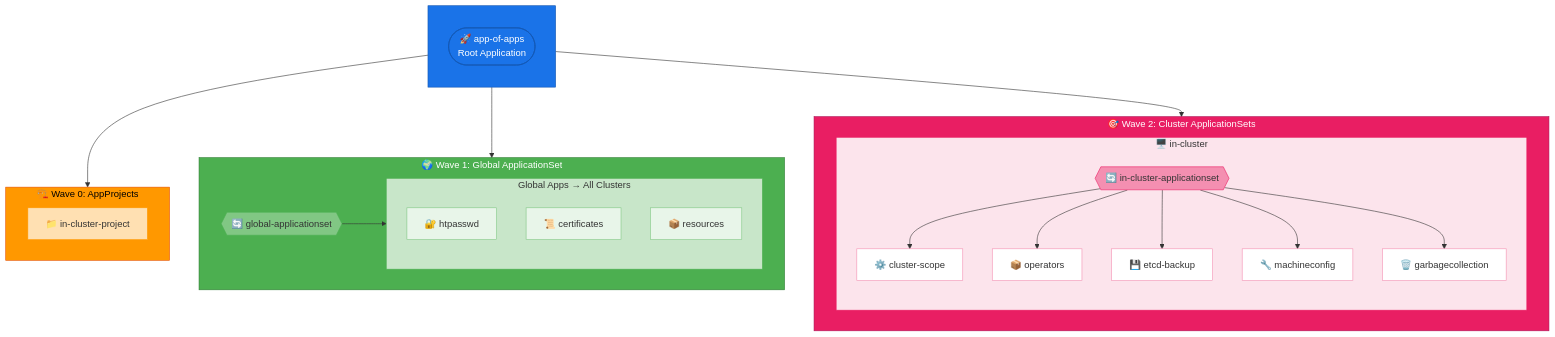
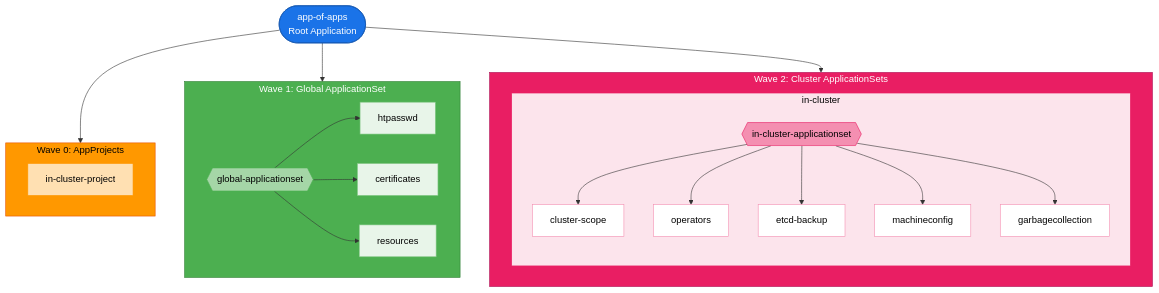
The first of 3 diagrams in argocd-diagram.md (yakovbeder/beder-gitops-aoa), drawn with Mermaid before and after one commit. The commit also changed other lines of this file, not shown here.

Commit message:
Fix diagram readability: remove overlapping text and improve flow diagram clarity

````diff
--- a/argocd-diagram.md
+++ b/argocd-diagram.md
@@ -5,66 +5,60 @@
 ```mermaid
 flowchart TB
-    subgraph root[" "]
-        direction TB
-        Root([🚀 app-of-apps<br/>Root Application])
+    Root([app-of-apps<br/>Root Application])
+
+    subgraph wave0["Wave 0: AppProjects"]
+        Proj1[in-cluster-project]
     end
 
-    subgraph wave0[" 🏗️ Wave 0: AppProjects "]
-        Proj1[📁 in-cluster-project]
+    subgraph wave1["Wave 1: Global ApplicationSet"]
+        GlobalAS{{global-applicationset}}
+        GlobalApp1[htpasswd]
+        GlobalApp2[certificates]
+        GlobalApp3[resources]
     end
 
-    subgraph wave1[" 🌍 Wave 1: Global ApplicationSet "]
-        GlobalAS{{🔄 global-applicationset}}
-        subgraph globalApps[" Global Apps → All Clusters "]
-            GlobalApp1[🔐 htpasswd]
-            GlobalApp2[📜 certificates]
-            GlobalApp3[📦 resources]
-        end
-    end
-
-    subgraph wave2[" 🎯 Wave 2: Cluster ApplicationSets "]
-        subgraph cluster1[" 🖥️ in-cluster "]
-            Cluster1AS{{🔄 in-cluster-applicationset}}
-            App1[⚙️ cluster-scope]
-            App2[📦 operators]
-            App3[💾 etcd-backup]
-            App4[🔧 machineconfig]
-            App5[🗑️ garbagecollection]
+    subgraph wave2["Wave 2: Cluster ApplicationSets"]
+        subgraph cluster1["in-cluster"]
+            Cluster1AS{{in-cluster-applicationset}}
+            App1[cluster-scope]
+            App2[operators]
+            App3[etcd-backup]
+            App4[machineconfig]
+            App5[garbagecollection]
         end
     end
 
     Root --> wave0
     Root --> wave1
     Root --> wave2
 
-    GlobalAS --> globalApps
+    GlobalAS --> GlobalApp1
+    GlobalAS --> GlobalApp2
+    GlobalAS --> GlobalApp3
 
     Cluster1AS --> App1
     Cluster1AS --> App2
     Cluster1AS --> App3
     Cluster1AS --> App4
     Cluster1AS --> App5
 
-    %% Styling
-    style root fill:#1a73e8,stroke:#1557b0,color:#fff
     style Root fill:#1a73e8,stroke:#1557b0,color:#fff
     
     style wave0 fill:#ff9800,stroke:#e65100,color:#000
-    style Proj1 fill:#ffe0b2,stroke:#ff9800
+    style Proj1 fill:#ffe0b2,stroke:#ff9800,color:#000
     
     style wave1 fill:#4caf50,stroke:#2e7d32,color:#fff
-    style GlobalAS fill:#81c784,stroke:#4caf50
-    style globalApps fill:#c8e6c9,stroke:#4caf50
-    style GlobalApp1 fill:#e8f5e9,stroke:#81c784
-    style GlobalApp2 fill:#e8f5e9,stroke:#81c784
-    style GlobalApp3 fill:#e8f5e9,stroke:#81c784
+    style GlobalAS fill:#a5d6a7,stroke:#4caf50,color:#000
+    style GlobalApp1 fill:#e8f5e9,stroke:#81c784,color:#000
+    style GlobalApp2 fill:#e8f5e9,stroke:#81c784,color:#000
+    style GlobalApp3 fill:#e8f5e9,stroke:#81c784,color:#000
     
     style wave2 fill:#e91e63,stroke:#ad1457,color:#fff
-    style cluster1 fill:#fce4ec,stroke:#e91e63
-    style Cluster1AS fill:#f48fb1,stroke:#e91e63
-    style App1 fill:#fff,stroke:#f48fb1
-    style App2 fill:#fff,stroke:#f48fb1
-    style App3 fill:#fff,stroke:#f48fb1
-    style App4 fill:#fff,stroke:#f48fb1
-    style App5 fill:#fff,stroke:#f48fb1
+    style cluster1 fill:#fce4ec,stroke:#e91e63,color:#000
+    style Cluster1AS fill:#f48fb1,stroke:#e91e63,color:#000
+    style App1 fill:#fff,stroke:#f48fb1,color:#000
+    style App2 fill:#fff,stroke:#f48fb1,color:#000
+    style App3 fill:#fff,stroke:#f48fb1,color:#000
+    style App4 fill:#fff,stroke:#f48fb1,color:#000
+    style App5 fill:#fff,stroke:#f48fb1,color:#000
 ```
````
